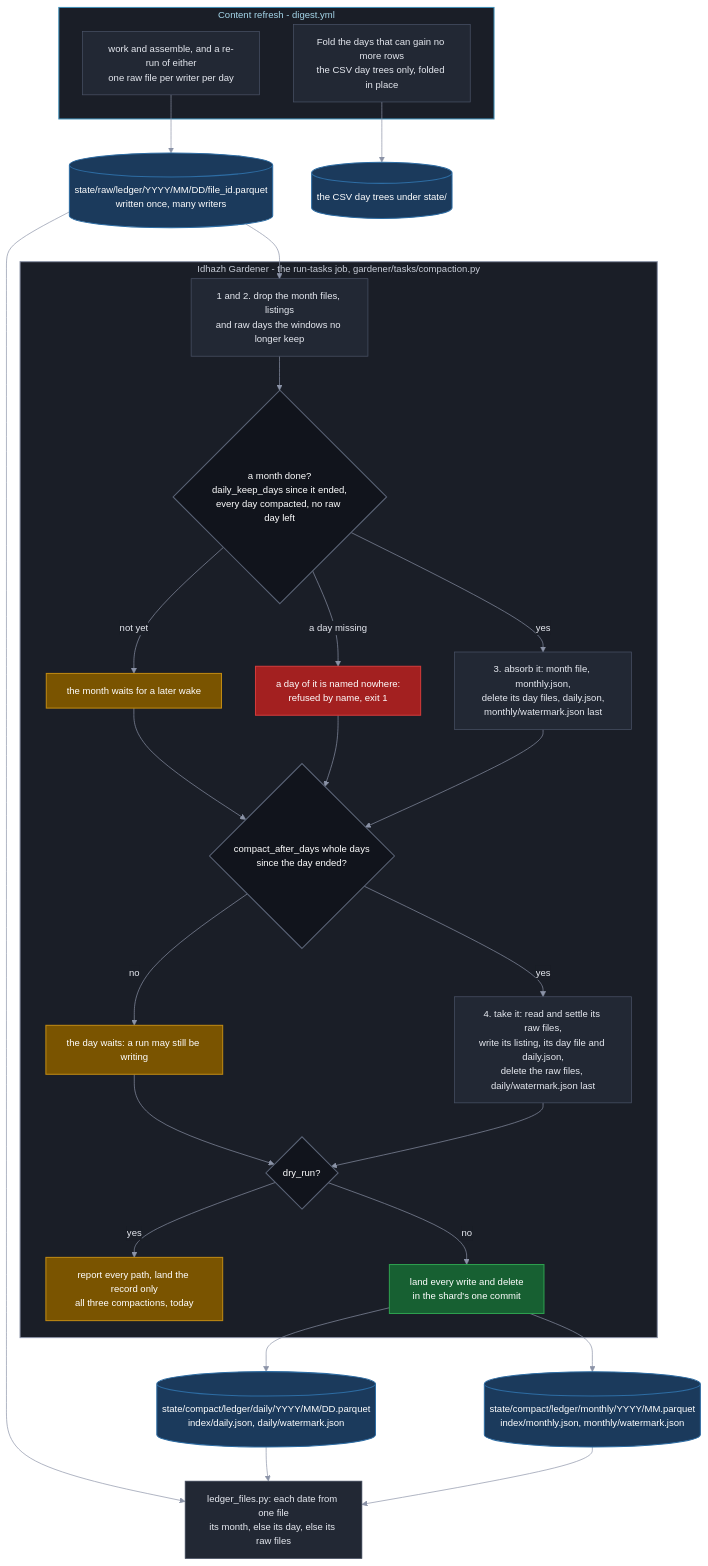
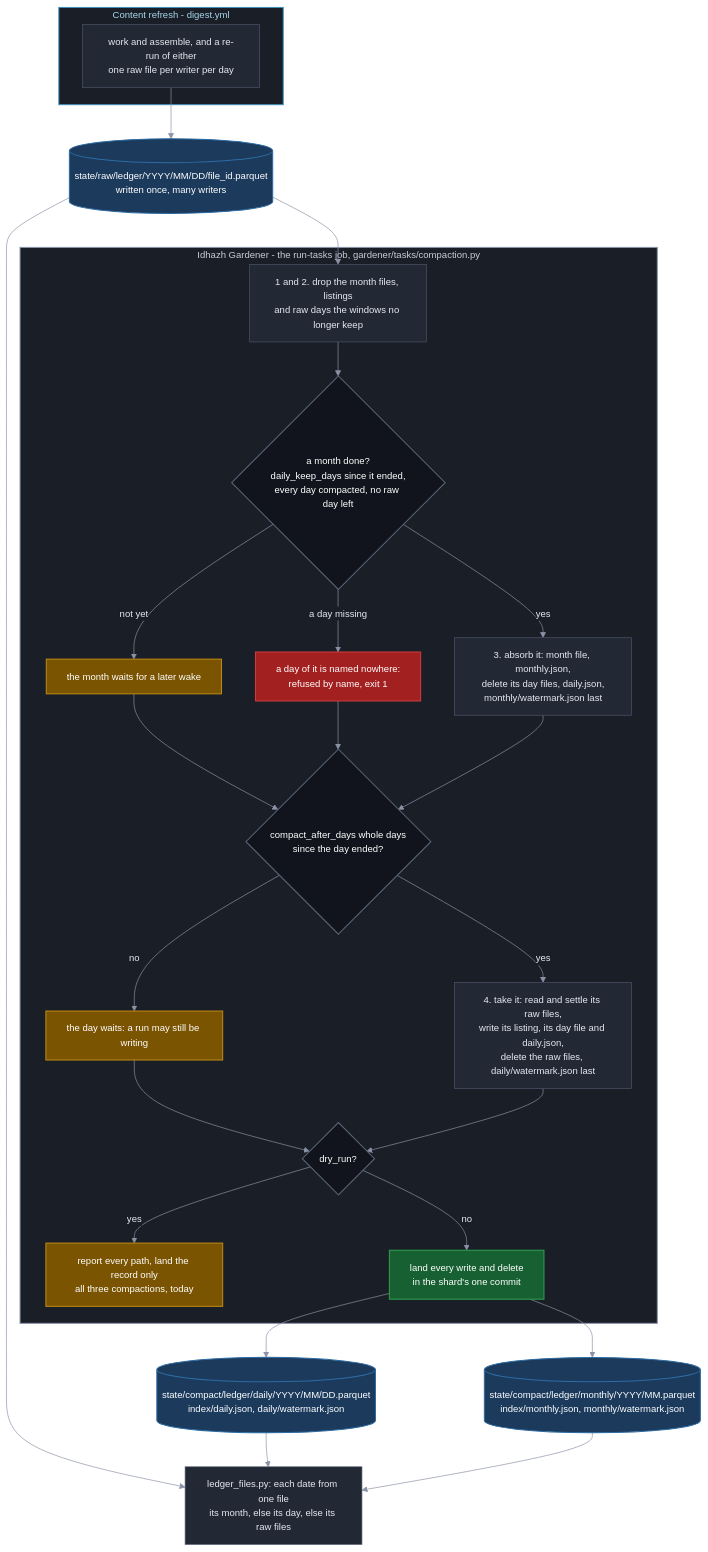
The second of 2 diagrams in docs/architecture/publishing/idhazh-gardener.md (miztiik/yen-idhazh), drawn with Mermaid before and after one commit. The commit also changed other lines of this file and 13 other files, not shown here.

````diff
--- a/docs/architecture/publishing/idhazh-gardener.md
+++ b/docs/architecture/publishing/idhazh-gardener.md
@@ -345,69 +346,66 @@
 ```mermaid
 %%{init: {"theme": "base", "themeVariables": {"background": "#0f1117", "primaryColor": "#222834", "primaryTextColor": "#e6e9f0", "primaryBorderColor": "#4b5468", "lineColor": "#8b93a7", "textColor": "#e6e9f0", "clusterBkg": "#1a1e27", "clusterBorder": "#3a4254", "titleColor": "#e6e9f0", "edgeLabelBackground": "#1a1e27", "fontSize": "14px"}}}%%
 flowchart TB
   subgraph REFRESH["Content refresh - digest.yml"]
     W["work and assemble, and a re-run of either<br/>one raw file per writer per day"]
-    FOLD["Fold the days that can gain no more rows<br/>the CSV day trees only, folded in place"]
   end
 
   RAWF[("state/raw/ledger/YYYY/MM/DD/file_id.parquet<br/>written once, many writers")]
-  CSV[("the CSV day trees under state/")]
 
   subgraph GARDEN["Idhazh Gardener - the run-tasks job, gardener/tasks/compaction.py"]
     DROP["1 and 2. drop the month files, listings<br/>and raw days the windows no longer keep"]
     MDONE{"a month done?<br/>daily_keep_days since it ended,<br/>every day compacted, no raw day left"}
     MWAIT["the month waits for a later wake"]
     MHOLE["a day of it is named nowhere:<br/>refused by name, exit 1"]
     ABSORB["3. absorb it: month file, monthly.json,<br/>delete its day files, daily.json,<br/>monthly/watermark.json last"]
     DDUE{"compact_after_days whole days<br/>since the day ended?"}
     DHOLD["the day waits: a run may still be writing"]
     TAKE["4. take it: read and settle its raw files,<br/>write its listing, its day file and daily.json,<br/>delete the raw files, daily/watermark.json last"]
     DRY{"dry_run?"}
     REPORT["report every path, land the record only<br/>all three compactions, today"]
     LAND["land every write and delete<br/>in the shard's one commit"]
   end
 
   DAILY[("state/compact/ledger/daily/YYYY/MM/DD.parquet<br/>index/daily.json, daily/watermark.json")]
   MONTHLY[("state/compact/ledger/monthly/YYYY/MM.parquet<br/>index/monthly.json, monthly/watermark.json")]
   READER["ledger_files.py: each date from one file<br/>its month, else its day, else its raw files"]
 
   W --> RAWF
-  FOLD --> CSV
   RAWF --> DROP
   DROP --> MDONE
   MDONE -->|"not yet"| MWAIT
   MDONE -->|"a day missing"| MHOLE
   MDONE -->|"yes"| ABSORB
   MWAIT --> DDUE
   MHOLE --> DDUE
   ABSORB --> DDUE
   DDUE -->|"no"| DHOLD
   DDUE -->|"yes"| TAKE
   DHOLD --> DRY
   TAKE --> DRY
   DRY -->|"yes"| REPORT
   DRY -->|"no"| LAND
   LAND --> DAILY
   LAND --> MONTHLY
   RAWF --> READER
   DAILY --> READER
   MONTHLY --> READER
 
   classDef stage fill:#222834,stroke:#4b5468,stroke-width:1px,color:#e6e9f0;
   classDef decision fill:#11141c,stroke:#5b6477,stroke-width:1.5px,color:#ffffff;
   classDef yes fill:#176032,stroke:#2ea04f,stroke-width:1.5px,color:#ffffff;
   classDef no fill:#a32020,stroke:#d23b3b,stroke-width:1.5px,color:#ffffff;
   classDef warn fill:#7a5400,stroke:#c08a12,stroke-width:1.5px,color:#ffffff;
   classDef ledger fill:#1b3a5c,stroke:#2d6ca3,stroke-width:1.5px,color:#ffffff;
   classDef sysOps fill:#1a1e27,stroke:#8b93a7,stroke-width:1.5px,color:#c8cdd8;
   classDef sysPublish fill:#1a1e27,stroke:#3f8fb8,stroke-width:1.5px,color:#a5d6ea;
 
-  class W,FOLD,DROP,ABSORB,TAKE,READER stage;
+  class W,DROP,ABSORB,TAKE,READER stage;
   class MDONE,DDUE,DRY decision;
   class LAND yes;
   class MHOLE no;
   class MWAIT,DHOLD,REPORT warn;
-  class RAWF,CSV,DAILY,MONTHLY ledger;
+  class RAWF,DAILY,MONTHLY ledger;
   class REFRESH sysPublish;
   class GARDEN sysOps;
 ```
````
